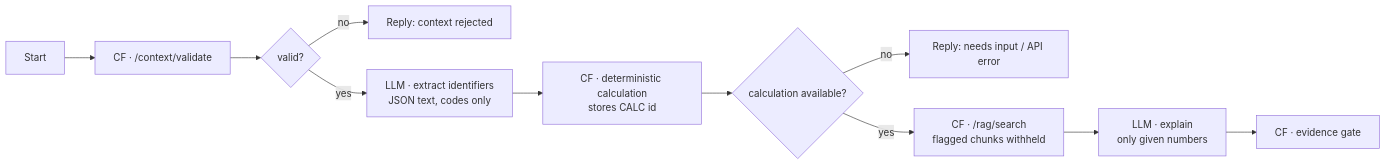
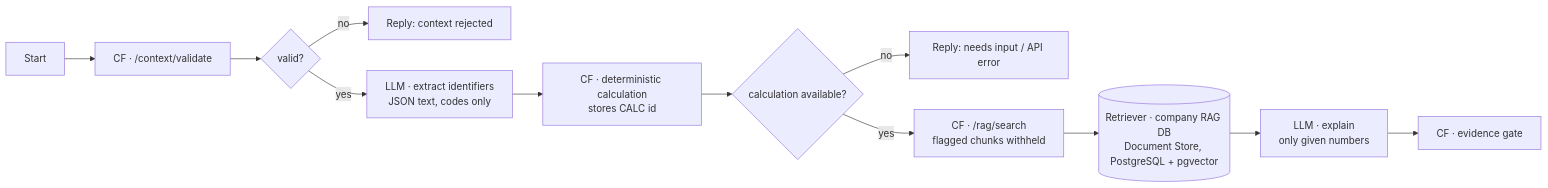
One commit to Sherlock2019/SupplyChain_Predictions changed the second of 3 diagrams in docs/scinsight/FLOWISE_AGENTFLOWS.md. Above: the diagram before and after it, drawn with Mermaid. The commit also changed other lines of this file and 173 other files, not shown here.

First line of the commit message:
Code explorer (annotated source, function index, call graph, viewer, Flowise code map) and native pgvector RAG DB in the SCInsight Chatflow + specialist Agentflows

````diff
--- a/docs/scinsight/FLOWISE_AGENTFLOWS.md
+++ b/docs/scinsight/FLOWISE_AGENTFLOWS.md
@@ -47,12 +47,13 @@
 ```mermaid
 flowchart LR
     S[Start] --> C[CF · /context/validate] --> V{valid?}
     V -- no --> R0[Reply: context rejected]
     V -- yes --> E[LLM · extract identifiers<br/>JSON text, codes only]
     E --> K[CF · deterministic calculation<br/>stores CALC id]
     K --> W{calculation available?}
     W -- no --> R1[Reply: needs input / API error]
     W -- yes --> P[CF · /rag/search<br/>flagged chunks withheld]
-    P --> X[LLM · explain<br/>only given numbers]
+    P --> RDB[(Retriever · company RAG DB<br/>Document Store, PostgreSQL + pgvector)]
+    RDB --> X[LLM · explain<br/>only given numbers]
     X --> GT[CF · evidence gate]
 ```
````
